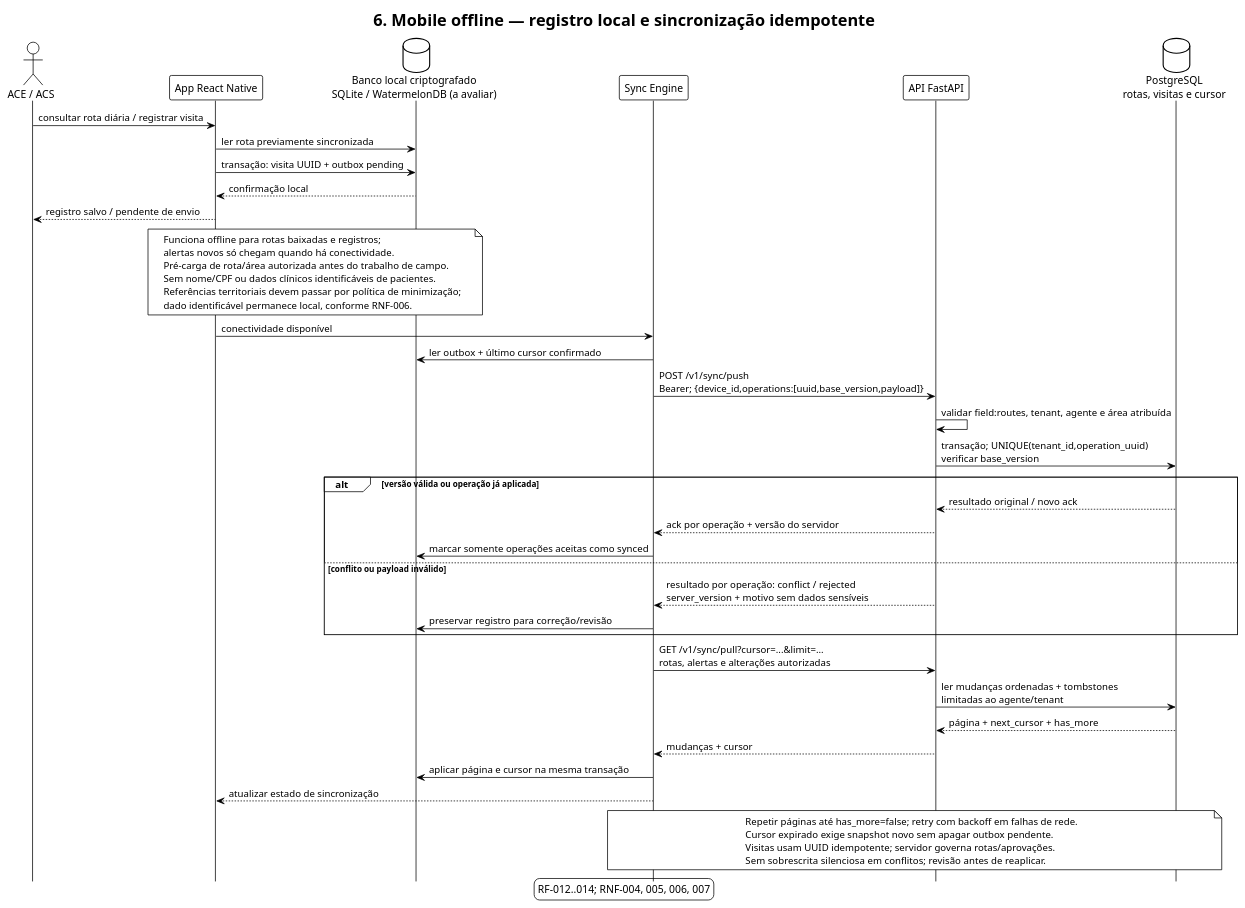
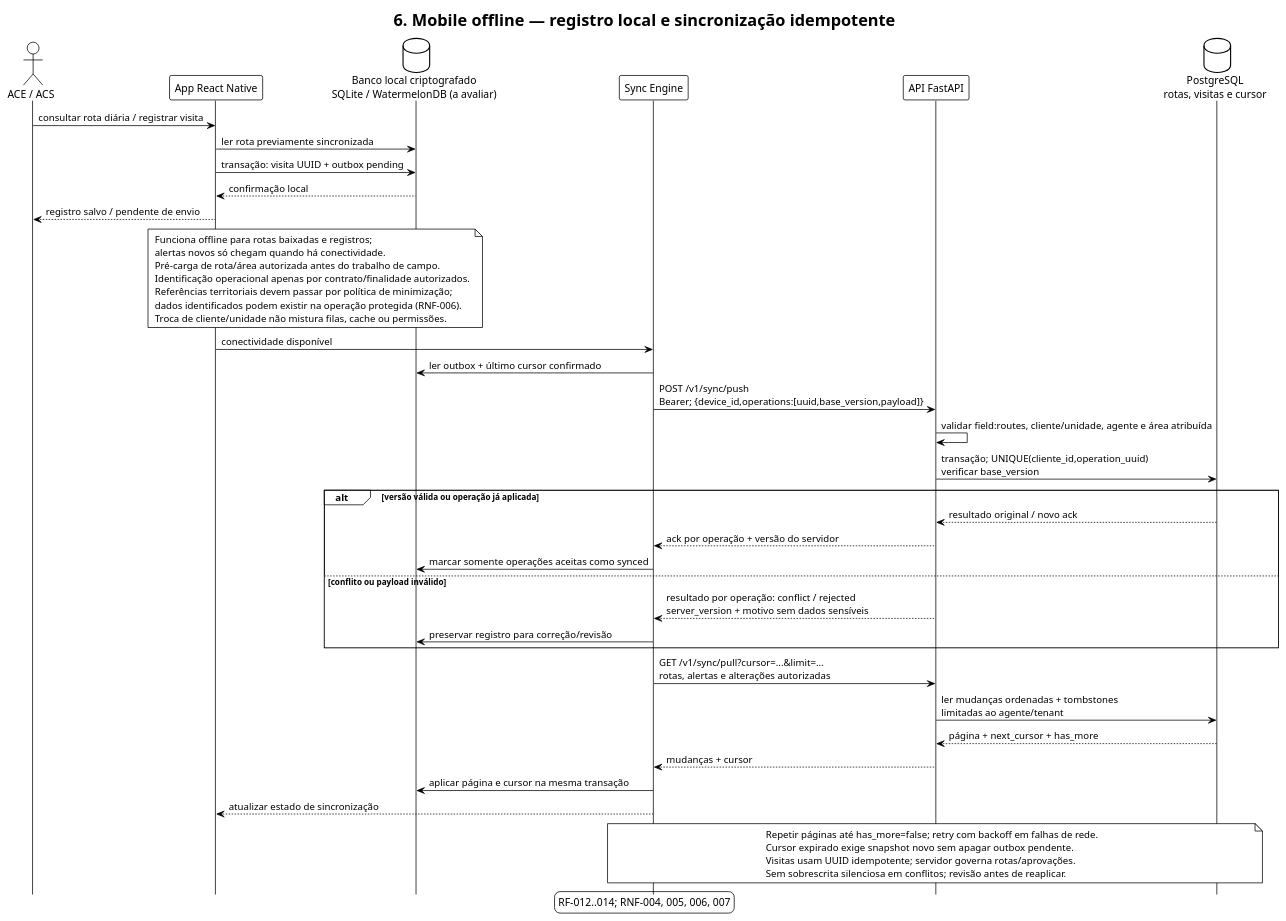
One commit to FabinhoFarias/projeto-informatica-em-saude changed the diagram in docs/arquitetura/preview/Denguinhos_06_Offline.puml. Above: the diagram before and after it, drawn with PlantUML. The commit also changed 28 other files, not shown here.

```diff
--- a/docs/arquitetura/preview/Denguinhos_06_Offline.puml
+++ b/docs/arquitetura/preview/Denguinhos_06_Offline.puml
@@ -2,53 +2,54 @@
 @startuml Denguinhos_06_Offline
     !theme plain
     skinparam shadowing false
     hide footbox
     title 6. Mobile offline — registro local e sincronização idempotente
     actor "ACE / ACS" as Agent
     participant "App React Native" as App
     database "Banco local criptografado\nSQLite / WatermelonDB (a avaliar)" as Local
     participant "Sync Engine" as Sync
     participant "API FastAPI" as API
     database "PostgreSQL\nrotas, visitas e cursor" as DB
     Agent -> App : consultar rota diária / registrar visita
     App -> Local : ler rota previamente sincronizada
     App -> Local : transação: visita UUID + outbox pending
     Local --> App : confirmação local
     App --> Agent : registro salvo / pendente de envio
     note over App,Local
     Funciona offline para rotas baixadas e registros;
     alertas novos só chegam quando há conectividade.
     Pré-carga de rota/área autorizada antes do trabalho de campo.
-    Sem nome/CPF ou dados clínicos identificáveis de pacientes.
+    Identificação operacional apenas por contrato/finalidade autorizados.
     Referências territoriais devem passar por política de minimização;
-    dado identificável permanece local, conforme RNF-006.
+    dados identificados podem existir na operação protegida (RNF-006).
+    Troca de cliente/unidade não mistura filas, cache ou permissões.
     end note
     App -> Sync : conectividade disponível
     Sync -> Local : ler outbox + último cursor confirmado
     Sync -> API : POST /v1/sync/push\nBearer; {device_id,operations:[uuid,base_version,payload]}
-    API -> API : validar field:routes, tenant, agente e área atribuída
-    API -> DB : transação; UNIQUE(tenant_id,operation_uuid)\nverificar base_version
+    API -> API : validar field:routes, cliente/unidade, agente e área atribuída
+    API -> DB : transação; UNIQUE(cliente_id,operation_uuid)\nverificar base_version
     alt versão válida ou operação já aplicada
     DB --> API : resultado original / novo ack
     API --> Sync : ack por operação + versão do servidor
     Sync -> Local : marcar somente operações aceitas como synced
     else conflito ou payload inválido
     API --> Sync : resultado por operação: conflict / rejected\nserver_version + motivo sem dados sensíveis
     Sync -> Local : preservar registro para correção/revisão
     end
     Sync -> API : GET /v1/sync/pull?cursor=...&limit=...\nrotas, alertas e alterações autorizadas
     API -> DB : ler mudanças ordenadas + tombstones\nlimitadas ao agente/tenant
     DB --> API : página + next_cursor + has_more
     API --> Sync : mudanças + cursor
     Sync -> Local : aplicar página e cursor na mesma transação
     Sync --> App : atualizar estado de sincronização
     note over Sync,DB
     Repetir páginas até has_more=false; retry com backoff em falhas de rede.
     Cursor expirado exige snapshot novo sem apagar outbox pendente.
     Visitas usam UUID idempotente; servidor governa rotas/aprovações.
     Sem sobrescrita silenciosa em conflitos; revisão antes de reaplicar.
     end note
     legend bottom
     RF-012..014; RNF-004, 005, 006, 007
     endlegend
     @enduml
```
